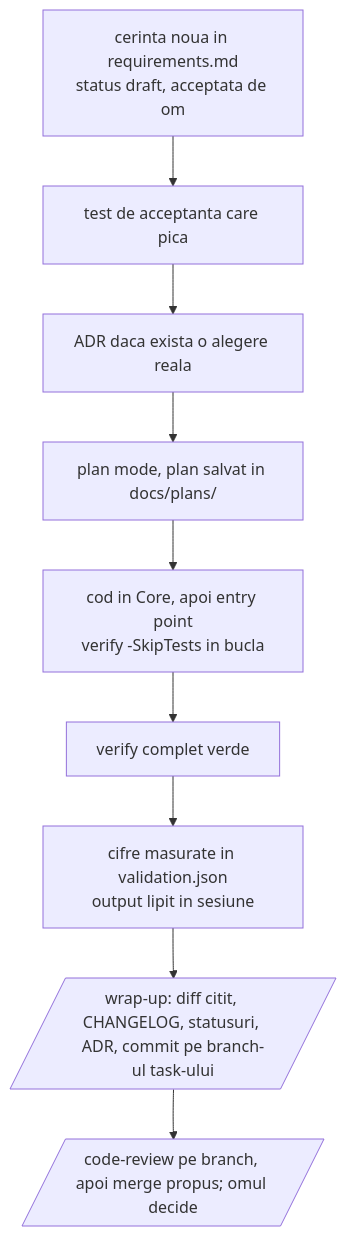
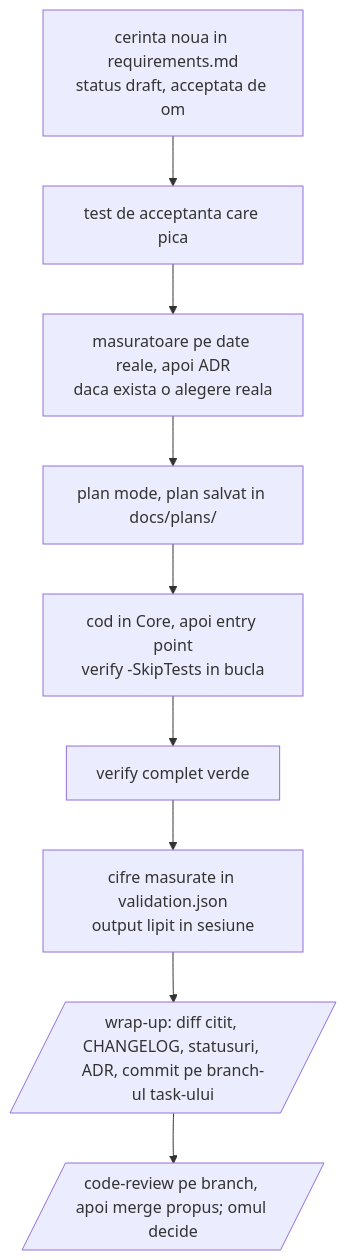
The second of 2 diagrams in ClaudeCodeStarterKit/GHID.md (tcarean/AstroDarkroom), drawn with Mermaid before and after one commit. The commit also changed other lines of this file and 4 other files, not shown here.

````diff
--- a/ClaudeCodeStarterKit/GHID.md
+++ b/ClaudeCodeStarterKit/GHID.md
@@ -224,11 +226,11 @@
 ```mermaid
 flowchart TD
   A[cerinta noua in requirements.md<br/>status draft, acceptata de om] --> B[test de acceptanta care pica]
-  B --> C[ADR daca exista o alegere reala]
+  B --> C[masuratoare pe date reale, apoi ADR<br/>daca exista o alegere reala]
   C --> D[plan mode, plan salvat in docs/plans/]
   D --> E[cod in Core, apoi entry point<br/>verify -SkipTests in bucla]
   E --> F[verify complet verde]
   F --> G[cifre masurate in validation.json<br/>output lipit in sesiune]
   G --> H[/wrap-up: diff citit, CHANGELOG, statusuri, ADR, commit pe branch-ul task-ului/]
   H --> I[/code-review pe branch, apoi merge propus; omul decide/]
 ```
````
